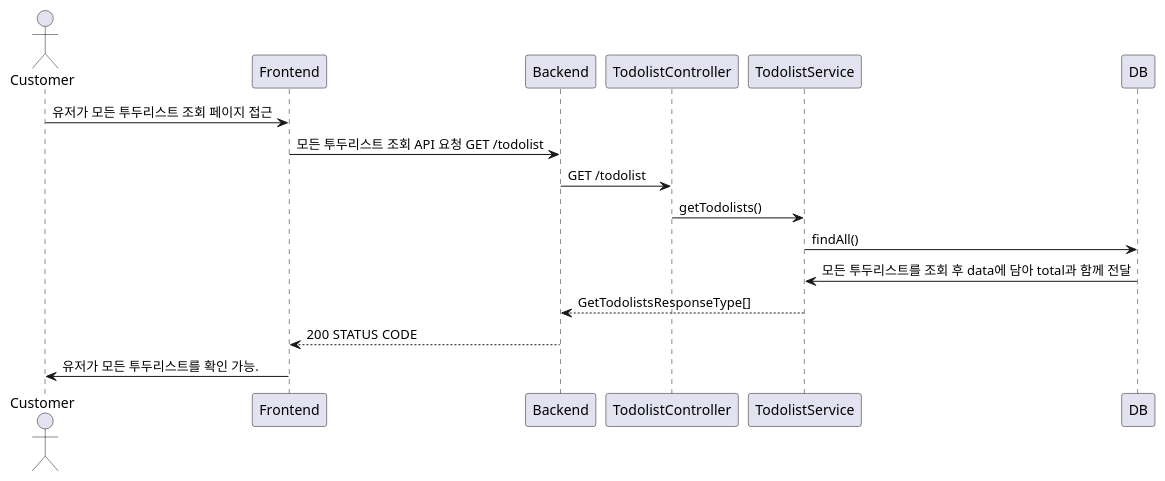
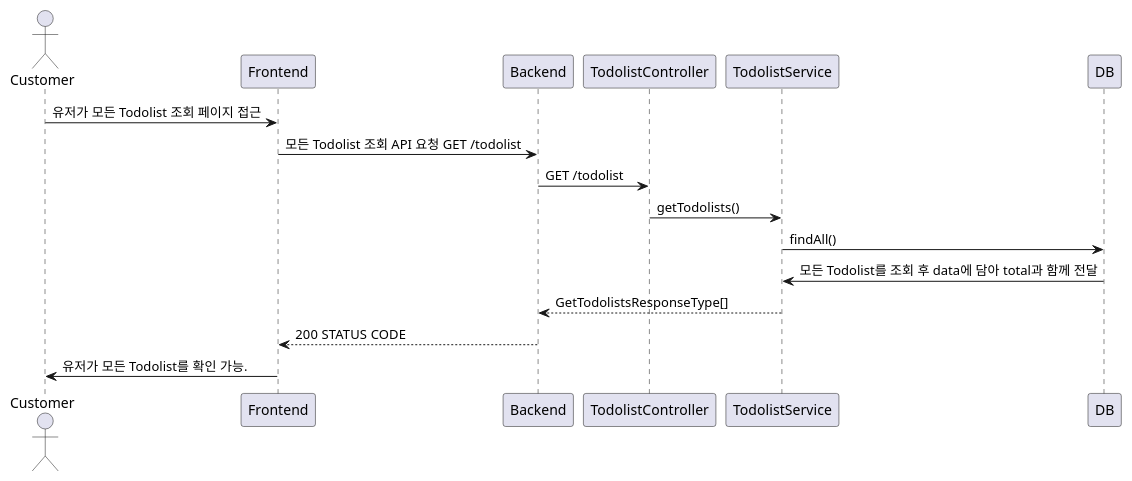
One commit to VVSOGI/todolist-remake changed the first of 3 diagrams in server/docs/todolist/todolist.get.md. Above: the diagram before and after it, drawn with PlantUML. The commit also changed other lines of this file, not shown here.

Commit message:
Refactor todolist.get.md for better readability and consistency

````diff
--- a/server/docs/todolist/todolist.get.md
+++ b/server/docs/todolist/todolist.get.md
@@ -22,14 +22,14 @@
 ```plantuml
 @startuml
 actor Customer
-Customer -> Frontend: 유저가 모든 투두리스트 조회 페이지 접근
-    Frontend -> Backend: 모든 투두리스트 조회 API 요청 GET /todolist
+Customer -> Frontend: 유저가 모든 Todolist 조회 페이지 접근
+    Frontend -> Backend: 모든 Todolist 조회 API 요청 GET /todolist
         Backend -> TodolistController: GET /todolist
             TodolistController -> TodolistService: getTodolists()
                 TodolistService -> DB: findAll()
-                DB -> TodolistService: 모든 투두리스트를 조회 후 data에 담아 total과 함께 전달
+                DB -> TodolistService: 모든 Todolist를 조회 후 data에 담아 total과 함께 전달
             Backend <-- TodolistService: GetTodolistsResponseType[]
     Frontend <-- Backend: 200 STATUS CODE
-Customer <- Frontend: 유저가 모든 투두리스트를 확인 가능.
+Customer <- Frontend: 유저가 모든 Todolist를 확인 가능.
 @enduml
 ```
````
